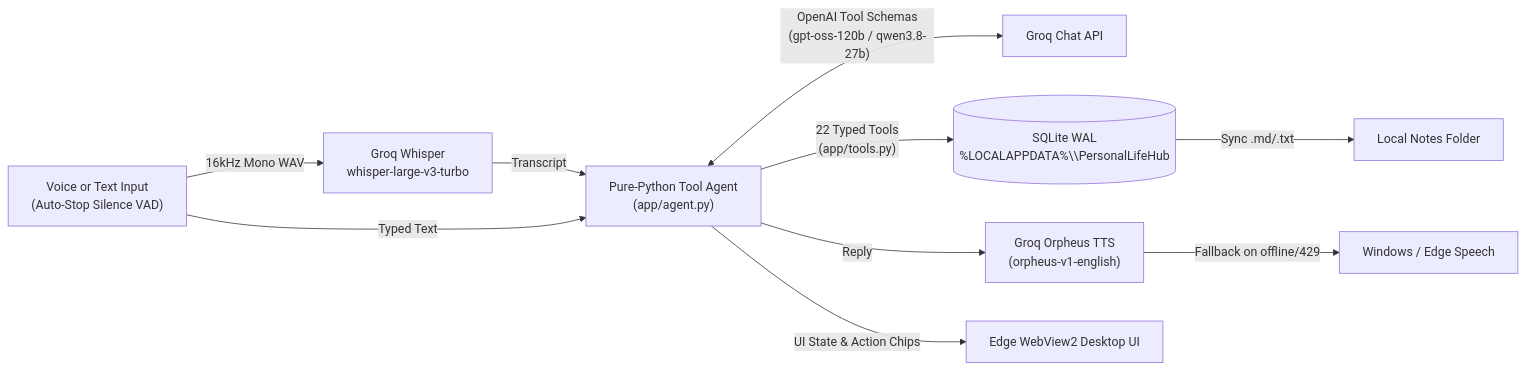
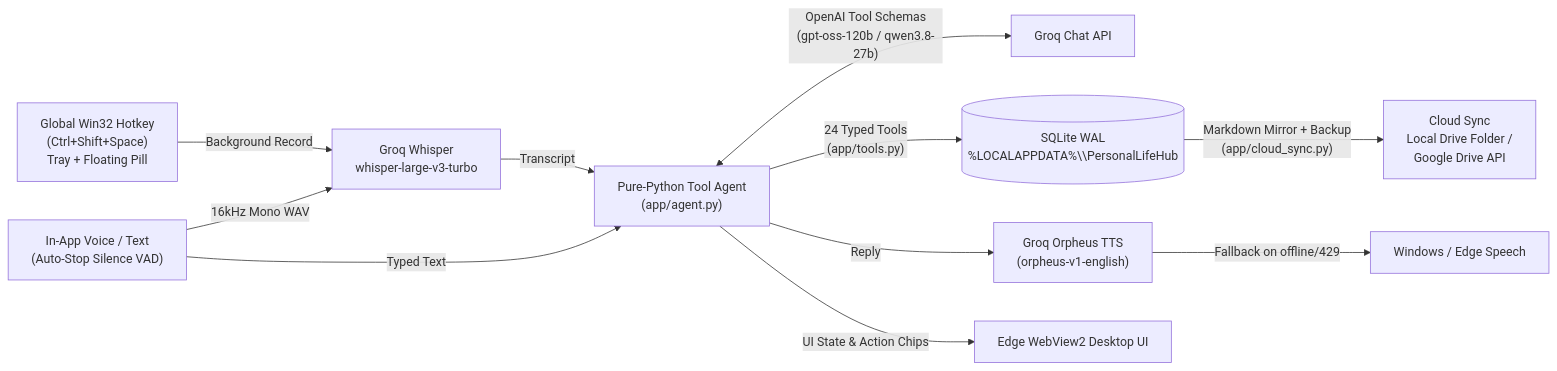
One commit to ammar-adel222/personal-life-hub changed the diagram in README.md. Above: the diagram before and after it, drawn with Mermaid. The commit also changed other lines of this file and 5 other files, not shown here.

Commit message:
test,docs: add 5 tests, update README/architecture/deps/gitignore

````diff
--- a/README.md
+++ b/README.md
@@ -11,12 +11,13 @@
 ```mermaid
 flowchart LR
-    U["Voice or Text Input\n(Auto-Stop Silence VAD)"] -->|"16kHz Mono WAV"| W["Groq Whisper\nwhisper-large-v3-turbo"]
+    HK["Global Win32 Hotkey\n(Ctrl+Shift+Space)\nTray + Floating Pill"] -->|"Background Record"| W["Groq Whisper\nwhisper-large-v3-turbo"]
+    U["In-App Voice / Text\n(Auto-Stop Silence VAD)"] -->|"16kHz Mono WAV"| W
     W -->|"Transcript"| AG["Pure-Python Tool Agent\n(app/agent.py)"]
     U -->|"Typed Text"| AG
     AG <-->|"OpenAI Tool Schemas\n(gpt-oss-120b / qwen3.8-27b)"| G["Groq Chat API"]
-    AG -->|"22 Typed Tools\n(app/tools.py)"| DB[("SQLite WAL\n%LOCALAPPDATA%\\PersonalLifeHub")]
-    DB -->|"Sync .md/.txt"| FS["Local Notes Folder"]
+    AG -->|"24 Typed Tools\n(app/tools.py)"| DB[("SQLite WAL\n%LOCALAPPDATA%\\PersonalLifeHub")]
+    DB -->|"Markdown Mirror + Backup\n(app/cloud_sync.py)"| CLD["Cloud Sync\nLocal Drive Folder /\nGoogle Drive API"]
     AG -->|"Reply"| TTS["Groq Orpheus TTS\n(orpheus-v1-english)"]
     TTS -->|"Fallback on offline/429"| LOCAL["Windows / Edge Speech"]
     AG -->|"UI State & Action Chips"| UI["Edge WebView2 Desktop UI"]
 ```
````
